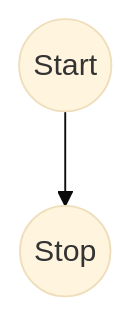
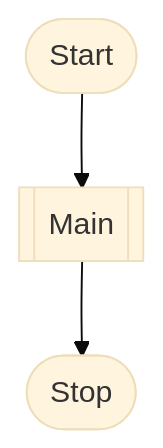
One commit to brolonium210/ENGR101_MD changed the first of 2 diagrams in project01FlowchartCore.md. Above: the diagram before and after it, drawn with Mermaid (base theme). The commit also changed other lines of this file, not shown here.

````diff
--- a/project01FlowchartCore.md
+++ b/project01FlowchartCore.md
@@ -1,10 +1,11 @@
 ```mermaid
 ---
   title:Core Flowchart
 ---
 
 flowchart TD
-    A((Start))-->B((Stop))
+    A([Start])-->B[[Main]]
+    B-->C([Stop])
 
 
 ```
````
